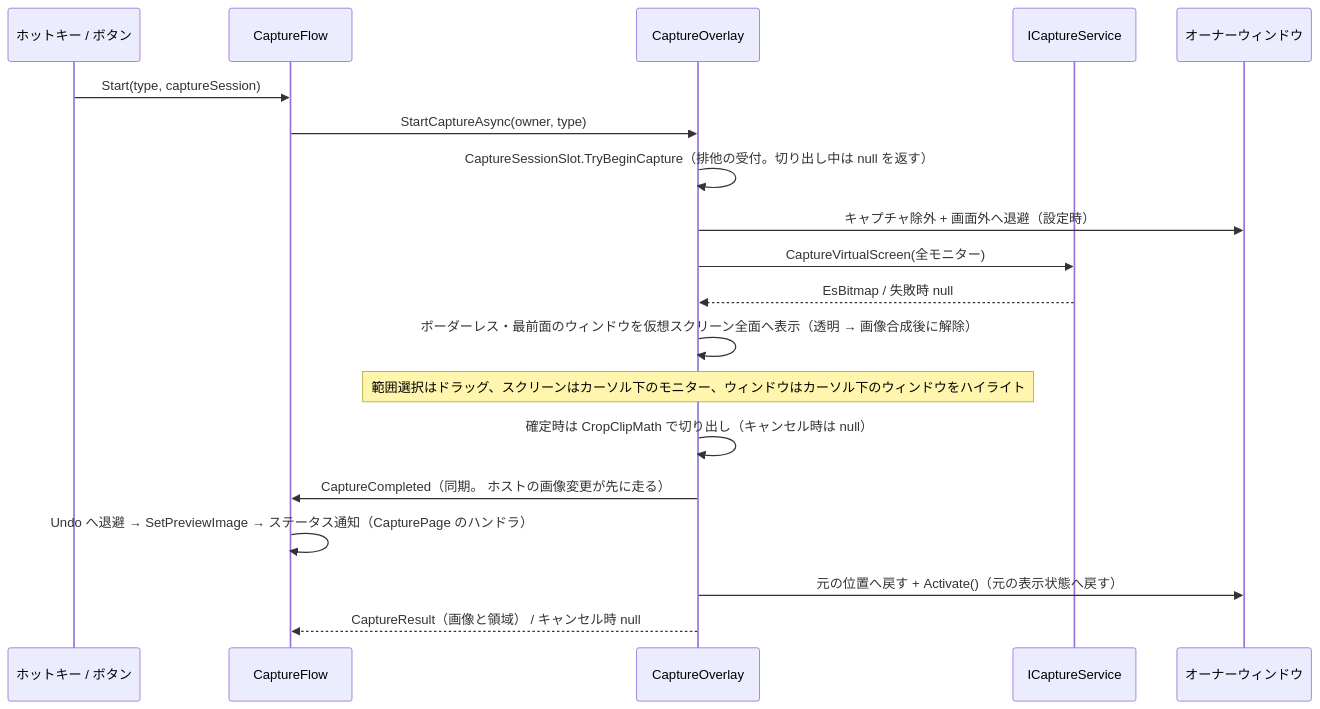
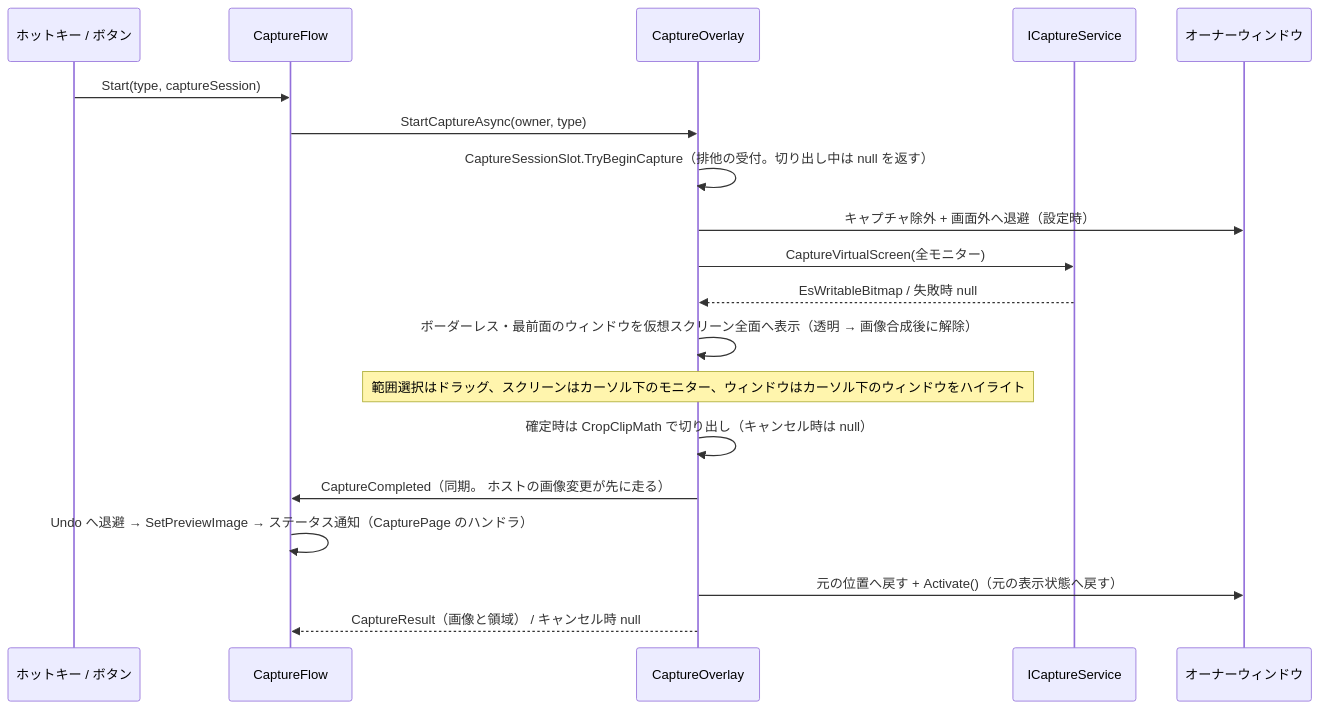
The third of 12 diagrams in src/App.MewUI/docs/SPEC_System.md (tomokuni/SaveEvidence), drawn with Mermaid before and after one commit. The commit also changed other lines of this file and 33 other files, not shown here.

````diff
--- a/src/App.MewUI/docs/SPEC_System.md
+++ b/src/App.MewUI/docs/SPEC_System.md
@@ -376,23 +376,23 @@
 ```mermaid
 sequenceDiagram
     participant HK as ホットキー / ボタン
     participant CF as CaptureFlow
     participant OW as CaptureOverlay
     participant CS as ICaptureService
     participant OS as オーナーウィンドウ
 
     HK->>CF: Start(type, captureSession)
     CF->>OW: StartCaptureAsync(owner, type)
     OW->>OW: CaptureSessionSlot.TryBeginCapture（排他の受付。切り出し中は null を返す）
 
     OW->>OS: キャプチャ除外 + 画面外へ退避（設定時）
     OW->>CS: CaptureVirtualScreen(全モニター)
-    CS-->>OW: EsBitmap / 失敗時 null
+    CS-->>OW: EsWritableBitmap / 失敗時 null
     OW->>OW: ボーダーレス・最前面のウィンドウを仮想スクリーン全面へ表示（透明 → 画像合成後に解除）
     Note over OW: 範囲選択はドラッグ、スクリーンはカーソル下のモニター、ウィンドウはカーソル下のウィンドウをハイライト
     OW->>OW: 確定時は CropClipMath で切り出し（キャンセル時は null）
     OW->>CF: CaptureCompleted（同期。 ホストの画像変更が先に走る）
     CF->>CF: Undo へ退避 → SetPreviewImage → ステータス通知（CapturePage のハンドラ）
     OW->>OS: 元の位置へ戻す + Activate()（元の表示状態へ戻す）
     OW-->>CF: CaptureResult（画像と領域） / キャンセル時 null
 ```
````
